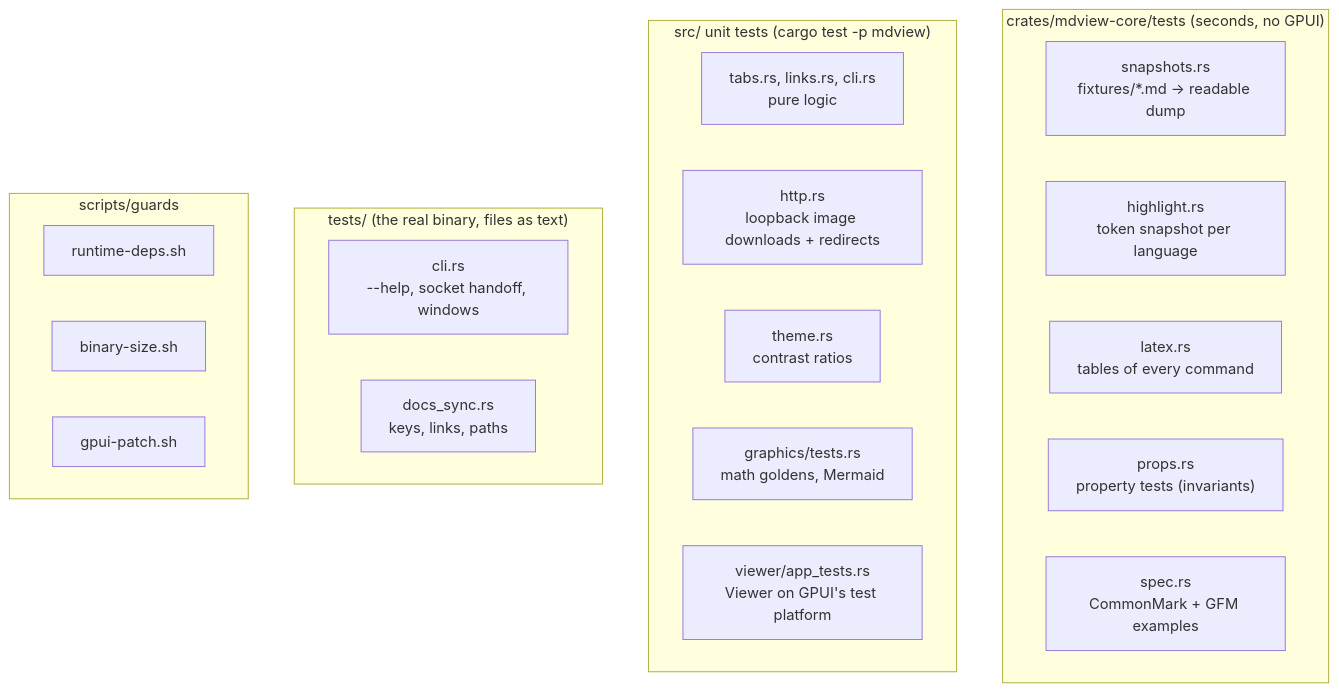
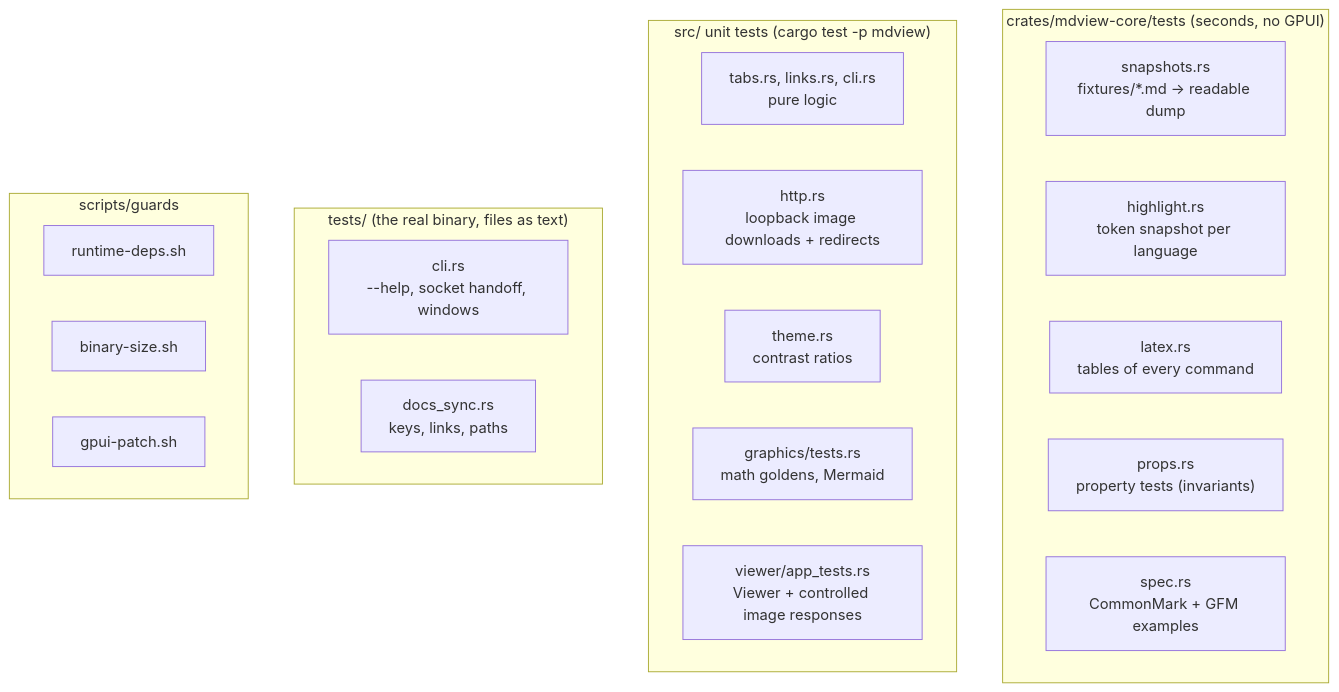
One commit to JorgeAgar/markdown-viewer-zed changed the diagram in docs/testing.md. Above: the diagram before and after it, drawn with Mermaid. The commit also changed other lines of this file and 1 other file, not shown here.

First line of the commit message:
Test image failures and delayed request lifecycles

````diff
--- a/docs/testing.md
+++ b/docs/testing.md
@@ -25,26 +25,26 @@
 ```mermaid
 flowchart TD
     subgraph core["crates/mdview-core/tests (seconds, no GPUI)"]
         snap["snapshots.rs<br/>fixtures/*.md → readable dump"]
         hl["highlight.rs<br/>token snapshot per language"]
         tex["latex.rs<br/>tables of every command"]
         props["props.rs<br/>property tests (invariants)"]
         spec["spec.rs<br/>CommonMark + GFM examples"]
     end
     subgraph app["src/ unit tests (cargo test -p mdview)"]
         pure["tabs.rs, links.rs, cli.rs<br/>pure logic"]
         http["http.rs<br/>loopback image downloads + redirects"]
         theme["theme.rs<br/>contrast ratios"]
         gfx["graphics/tests.rs<br/>math goldens, Mermaid"]
-        viewer["viewer/app_tests.rs<br/>Viewer on GPUI's test platform"]
+        viewer["viewer/app_tests.rs<br/>Viewer + controlled image responses"]
     end
     subgraph e2e["tests/ (the real binary, files as text)"]
         cli["cli.rs<br/>--help, socket handoff, windows"]
         docs["docs_sync.rs<br/>keys, links, paths"]
     end
     subgraph guards["scripts/guards"]
         deps["runtime-deps.sh"]
         size["binary-size.sh"]
         patch["gpui-patch.sh"]
     end
 ```
````
